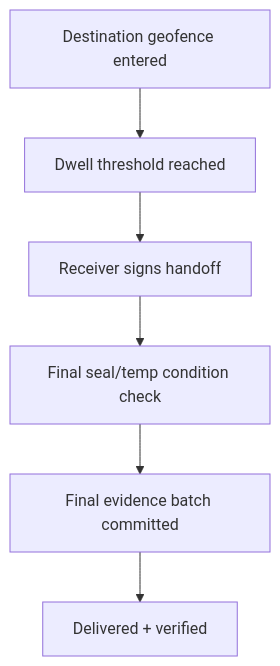
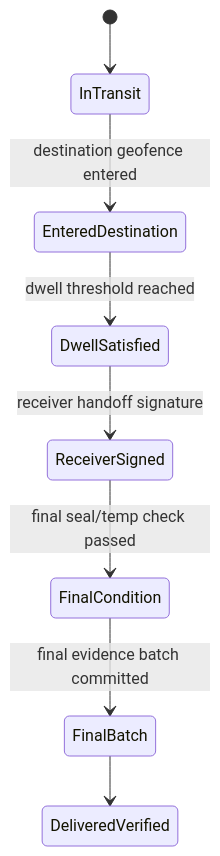
One commit to roshaninfordham/monad-sentinel changed the seventh of 9 diagrams in docs/algorithms.md. Above: the diagram before and after it, drawn with Mermaid. The commit also changed other lines of this file and 22 other files, not shown here.

Commit message:
docs: refresh architecture docs and screenshots

````diff
--- a/docs/algorithms.md
+++ b/docs/algorithms.md
@@ -162,8 +214,10 @@
 ```mermaid
-flowchart TB
-  Geofence[Destination geofence entered] --> Dwell[Dwell threshold reached]
-  Dwell --> Receiver[Receiver signs handoff]
-  Receiver --> Condition[Final seal/temp condition check]
-  Condition --> Batch[Final evidence batch committed]
-  Batch --> Delivered[Delivered + verified]
+stateDiagram-v2
+  [*] --> InTransit
+  InTransit --> EnteredDestination: destination geofence entered
+  EnteredDestination --> DwellSatisfied: dwell threshold reached
+  DwellSatisfied --> ReceiverSigned: receiver handoff signature
+  ReceiverSigned --> FinalCondition: final seal/temp check passed
+  FinalCondition --> FinalBatch: final evidence batch committed
+  FinalBatch --> DeliveredVerified
 ```
````
